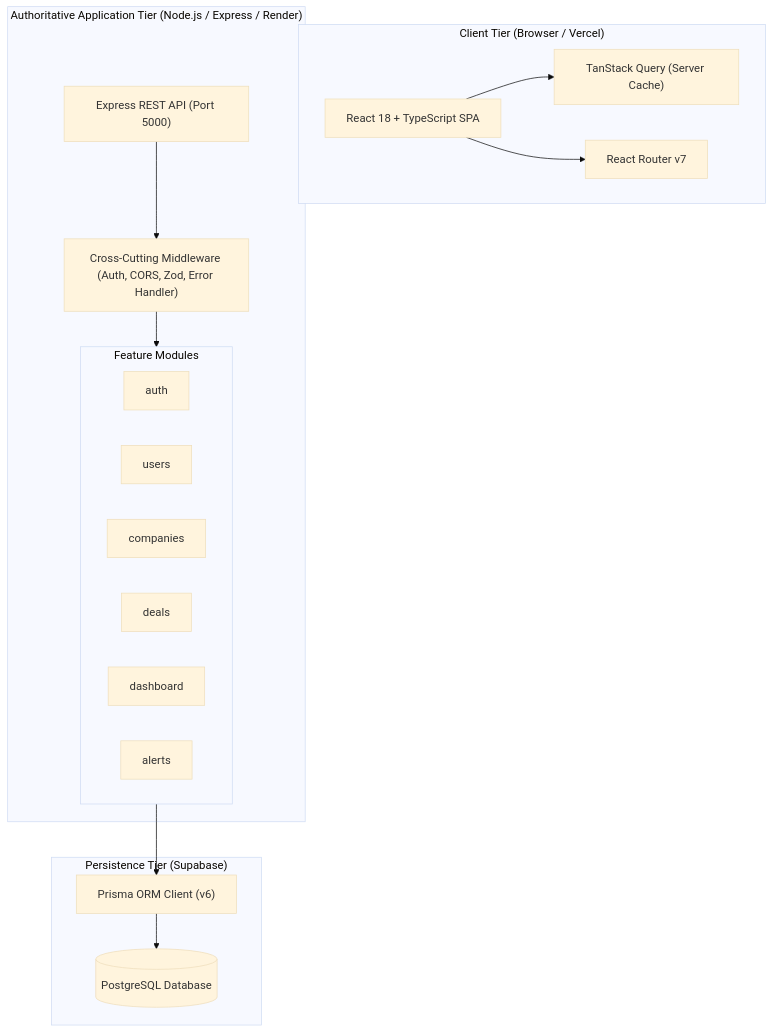
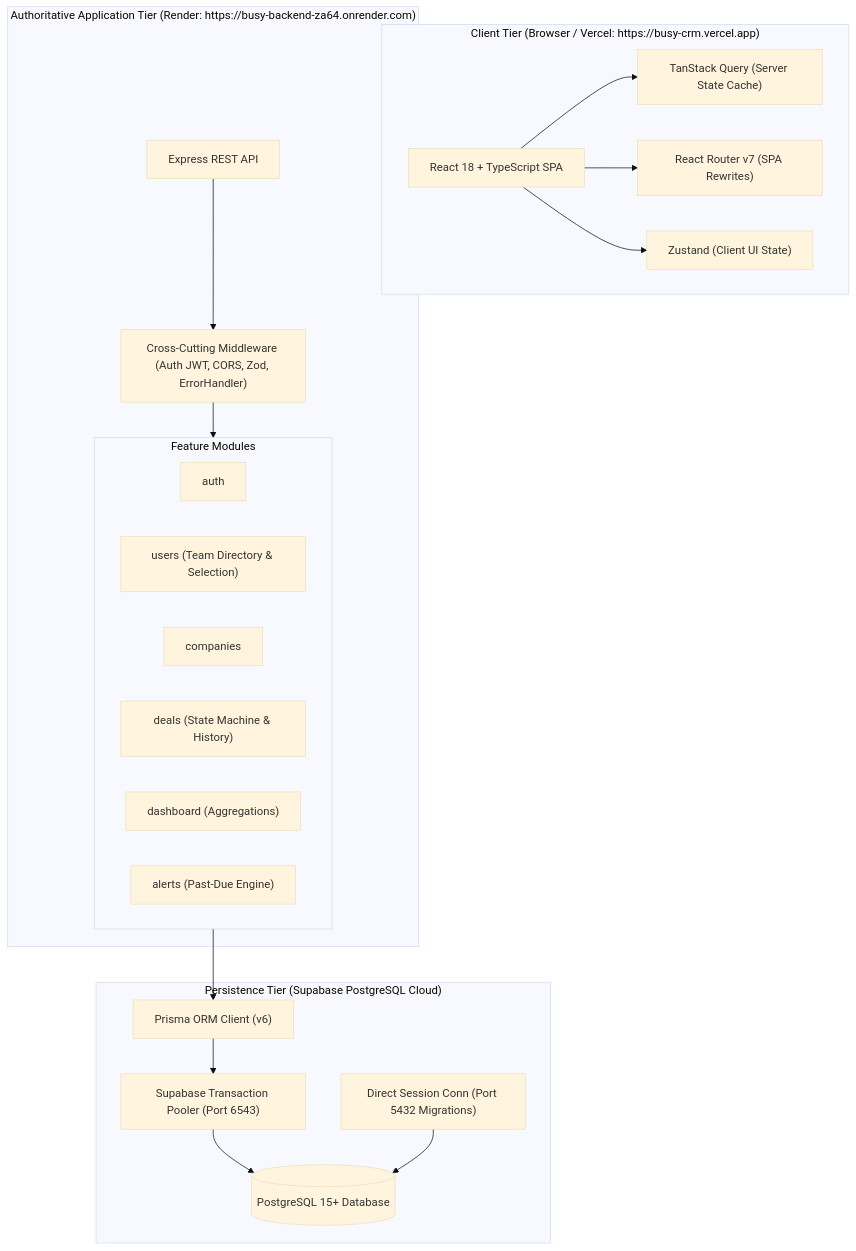
Before and after one commit to vedrathavi/Busy-Assignment: the first of 4 diagrams in docs/architecture.md, drawn with Mermaid (base theme). The commit also changed other lines of this file and 1 other file, not shown here.

Commit message:
docs: updated  SUBMISSION.md with live URLs and update architecture diagrams

````diff
--- a/docs/architecture.md
+++ b/docs/architecture.md
@@ -11,34 +11,40 @@
 ```mermaid
 graph TD
-    subgraph Client ["Client Tier (Browser / Vercel)"]
+    subgraph Client ["Client Tier (Browser / Vercel: https://busy-crm.vercel.app)"]
         UI["React 18 + TypeScript SPA"]
-        RQ["TanStack Query (Server Cache)"]
-        Router["React Router v7"]
+        RQ["TanStack Query (Server State Cache)"]
+        Router["React Router v7 (SPA Rewrites)"]
+        ZS["Zustand (Client UI State)"]
         UI --> RQ
         UI --> Router
+        UI --> ZS
     end
 
-    subgraph Server ["Authoritative Application Tier (Node.js / Express / Render)"]
-        API["Express REST API (Port 5000)"]
-        MW["Cross-Cutting Middleware (Auth, CORS, Zod, Error Handler)"]
+    subgraph Server ["Authoritative Application Tier (Render: https://busy-backend-za64.onrender.com)"]
+        API["Express REST API"]
+        MW["Cross-Cutting Middleware (Auth JWT, CORS, Zod, ErrorHandler)"]
         
         subgraph Modules ["Feature Modules"]
             AuthMod["auth"]
-            UsersMod["users"]
+            UsersMod["users (Team Directory & Selection)"]
             CompMod["companies"]
-            DealsMod["deals"]
-            DashMod["dashboard"]
-            AlertsMod["alerts"]
+            DealsMod["deals (State Machine & History)"]
+            DashMod["dashboard (Aggregations)"]
+            AlertsMod["alerts (Past-Due Engine)"]
         end
         
         API --> MW
         MW --> Modules
     end
 
-    subgraph Persistence ["Persistence Tier (Supabase)"]
+    subgraph Persistence ["Persistence Tier (Supabase PostgreSQL Cloud)"]
         Prisma["Prisma ORM Client (v6)"]
-        DB[(PostgreSQL Database)]
+        Pooler["Supabase Transaction Pooler (Port 6543)"]
+        DirectConn["Direct Session Conn (Port 5432 Migrations)"]
+        DB[("PostgreSQL 15+ Database")]
         Modules --> Prisma
-        Prisma --> DB
+        Prisma --> Pooler
+        Pooler --> DB
+        DirectConn --> DB
     end
 ```
````
